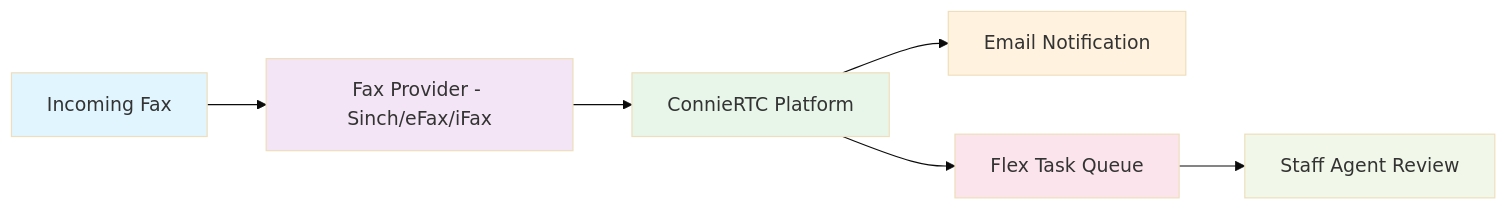
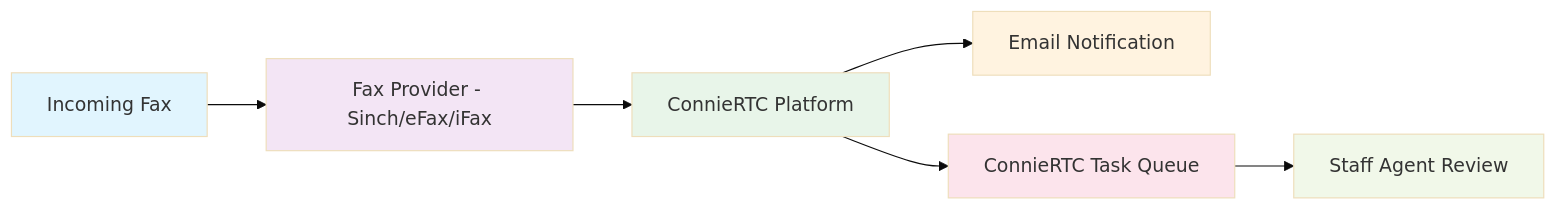
The diagram in docs/end-users/cbo-admins/channels/fax/select-provider.md (ConnieML/docs.connie), drawn with Mermaid (base theme) before and after one commit. The commit also changed other lines of this file and 120 other files, not shown here.

Commit message:
Replace Twilio with Connie and Flex with ConnieRTC throughout documentation

````diff
--- a/docs/end-users/cbo-admins/channels/fax/select-provider.md
+++ b/docs/end-users/cbo-admins/channels/fax/select-provider.md
@@ -17,15 +17,15 @@
 ```mermaid
 flowchart LR
     A[Incoming Fax] --> B[Fax Provider - Sinch/eFax/iFax]
     B --> C[ConnieRTC Platform]
     C --> D[Email Notification]
-    C --> E[Flex Task Queue]
+    C --> E[ConnieRTC Task Queue]
     E --> F[Staff Agent Review]
     
     style A fill:#e1f5fe
     style B fill:#f3e5f5
     style C fill:#e8f5e9
     style D fill:#fff3e0
     style E fill:#fce4ec
     style F fill:#f1f8e9
 ```
````
